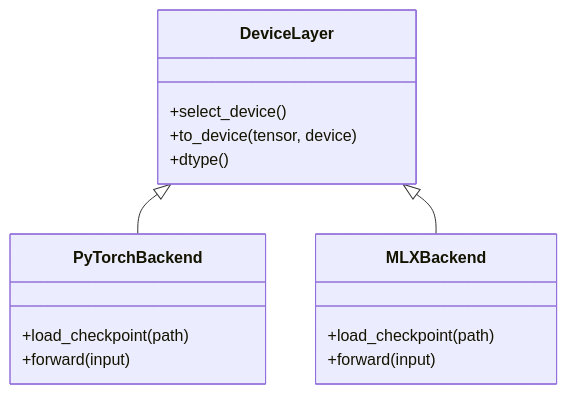
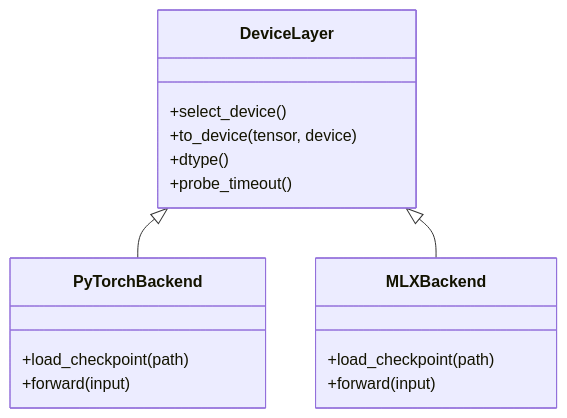
Before and after one commit to joezxh/kev: the ninth of 10 diagrams in .qoder/repowiki/zh/content/推理服务/推理服务.md, drawn with Mermaid. The commit also changed other lines of this file and 220 other files, not shown here.

````diff
--- a/.qoder/repowiki/zh/content/推理服务/推理服务.md
+++ b/.qoder/repowiki/zh/content/推理服务/推理服务.md
@@ -247,18 +288,19 @@
 ```mermaid
 classDiagram
 class DeviceLayer {
 +select_device()
 +to_device(tensor, device)
 +dtype()
++probe_timeout()
 }
 class PyTorchBackend {
 +load_checkpoint(path)
 +forward(input)
 }
 class MLXBackend {
 +load_checkpoint(path)
 +forward(input)
 }
 DeviceLayer <|-- PyTorchBackend
 DeviceLayer <|-- MLXBackend
 ```
````
